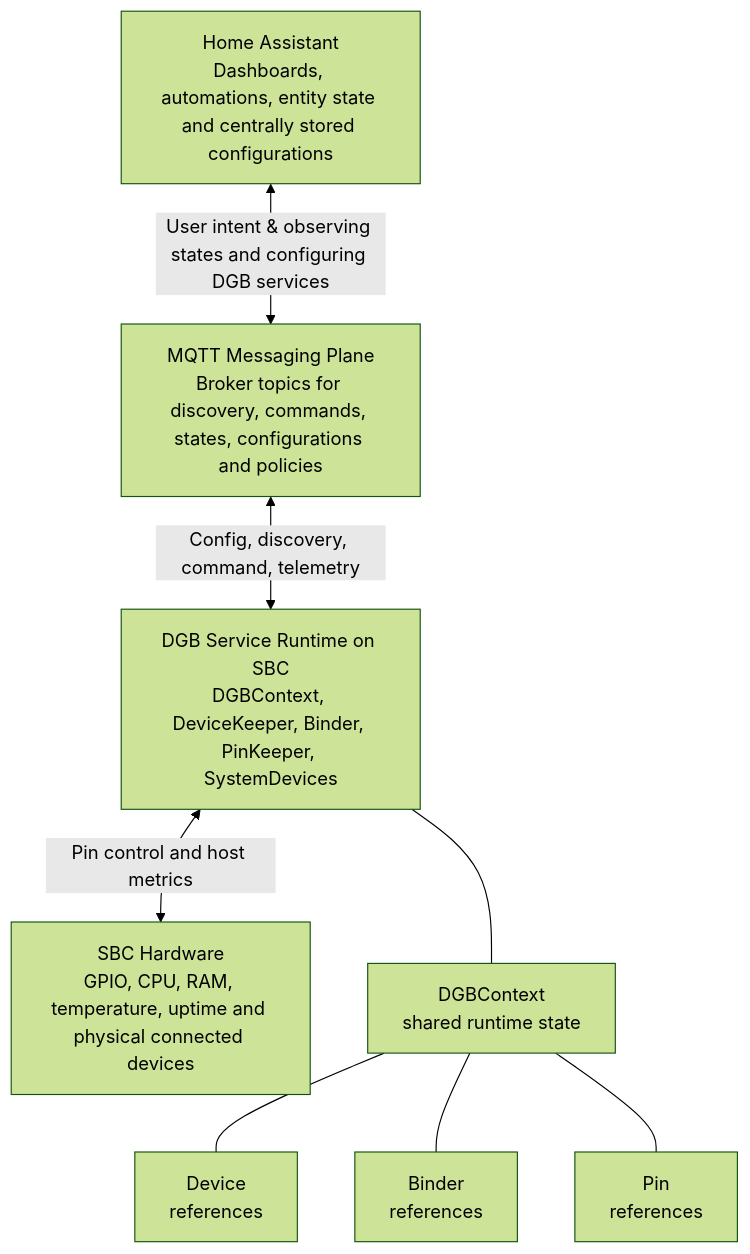
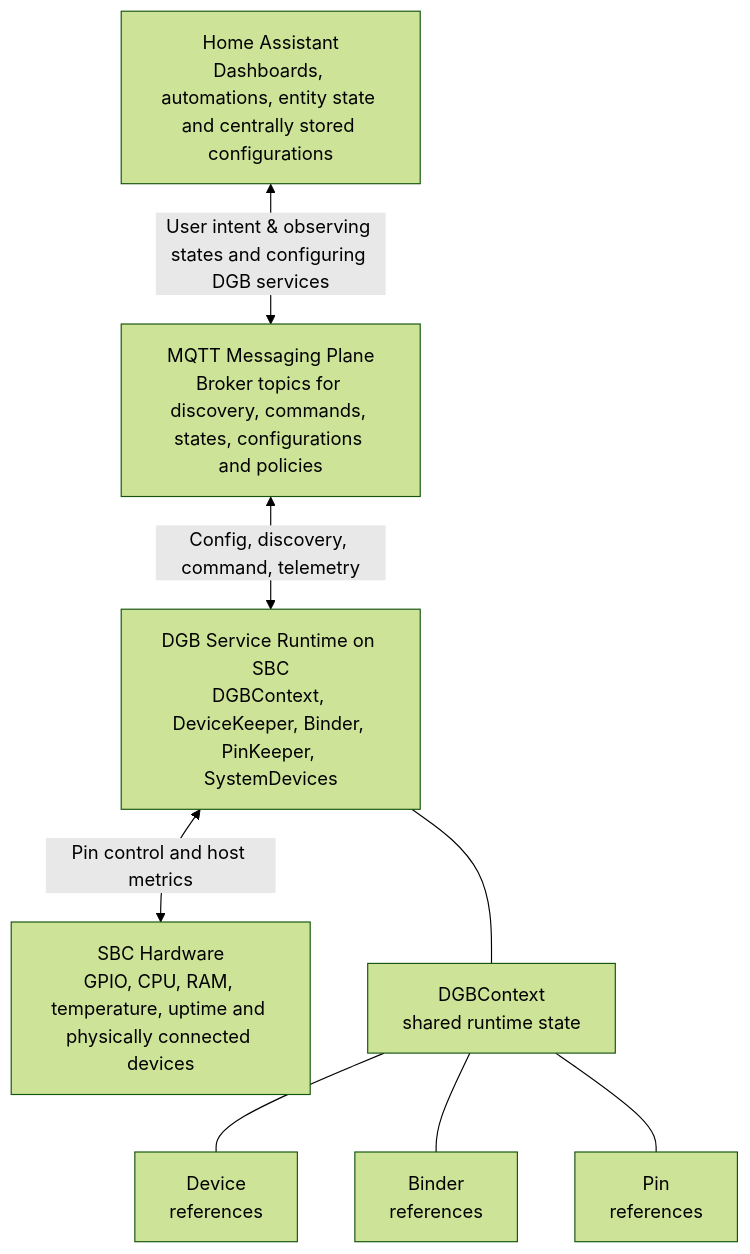
One commit to jvanoosterhout/HMD-DGB changed the diagram in README.md. Above: the diagram before and after it, drawn with Mermaid (forest theme). The commit also changed other lines of this file and 1 other file, not shown here.

````diff
--- a/README.md
+++ b/README.md
@@ -1378,22 +1389,22 @@
 ```mermaid
 flowchart TB
   L1[Home Assistant<br/>Dashboards, automations, entity state and centrally stored configurations]
   L2[MQTT Messaging Plane<br/>Broker topics for discovery, commands, states, configurations and policies]
   L3[DGB Service Runtime on SBC<br/>DGBContext, DeviceKeeper, Binder, PinKeeper, SystemDevices]
-  L4[SBC Hardware<br/>GPIO, CPU, RAM, temperature, uptime and physical connected devices]
+  L4[SBC Hardware<br/>GPIO, CPU, RAM, temperature, uptime and physically connected devices]
 
   L1 <--> |User intent & observing states and configuring DGB services| L2
   L2 <--> |Config, discovery, command, telemetry| L3
   L3 <--> |Pin control and host metrics| L4
 
   Ctx[DGBContext<br/>shared runtime state]
   Dev[Device<br/>references]
   Bind[Binder<br/>references]
   Pin[Pin<br/>references]
 
 
   L3 --- Ctx
   Ctx --- Dev
   Ctx --- Bind
   Ctx --- Pin
 ```
````
